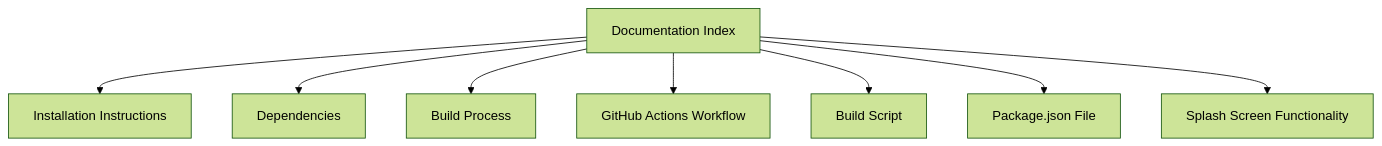
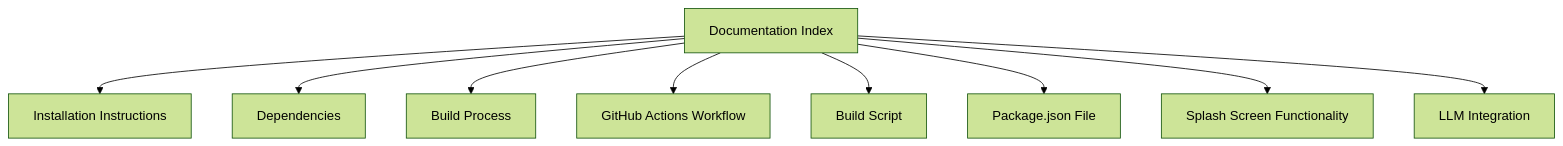
Before and after one commit to espora-net/pora: the diagram in docs/README.md, drawn with Mermaid (forest theme). The commit also changed other lines of this file and 11 other files, not shown here.

Commit message:
feat: add LLM integration / se agrega integracion LLM

````diff
--- a/docs/README.md
+++ b/docs/README.md
@@ -15,10 +16,11 @@
 ```mermaid
 graph TD;
     A[Documentation Index] --> B[Installation Instructions];
     A --> C[Dependencies];
     A --> D[Build Process];
     A --> E[GitHub Actions Workflow];
     A --> F[Build Script];
     A --> G[Package.json File];
     A --> H[Splash Screen Functionality];
+    A --> I[LLM Integration];
 ```
````
